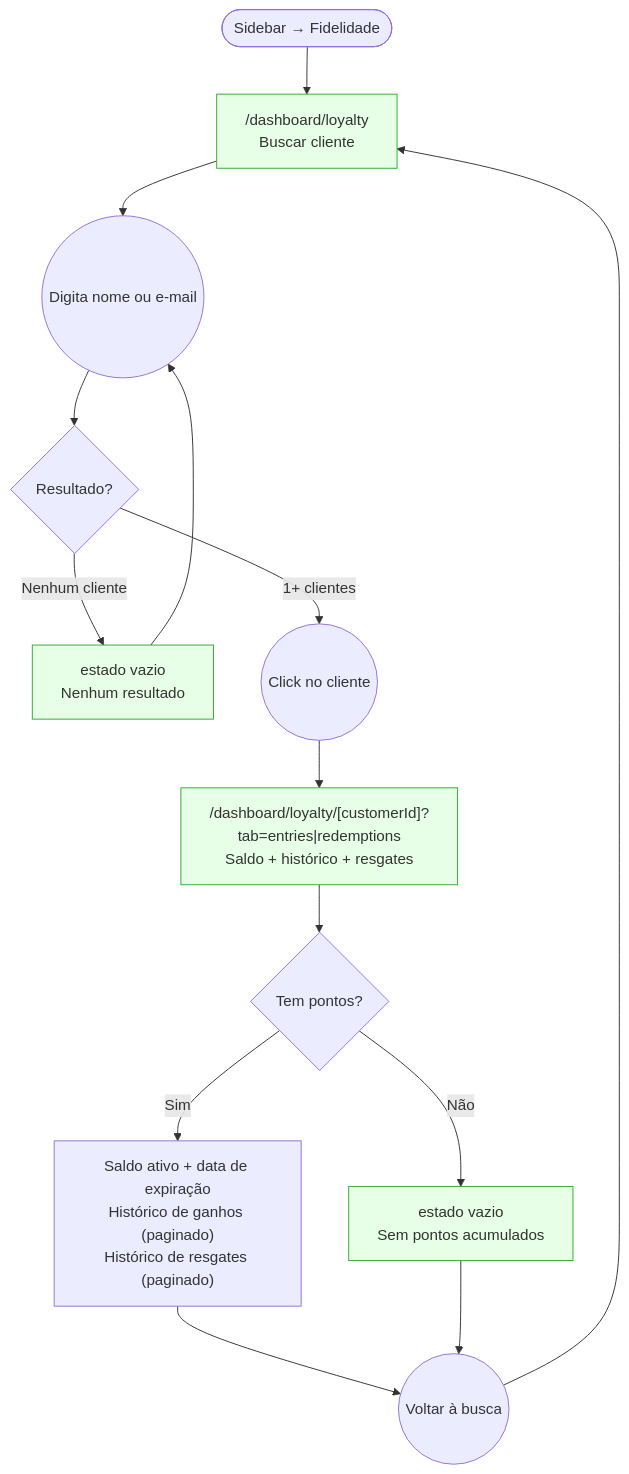
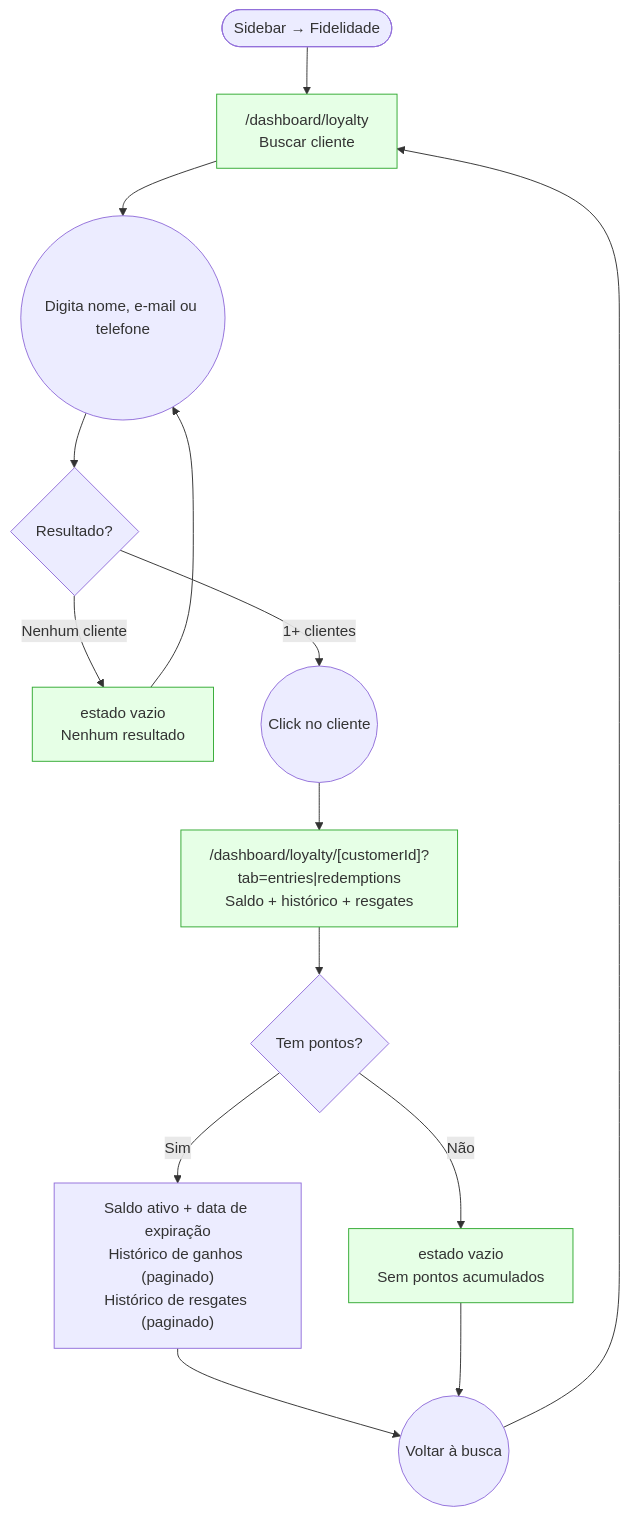
One commit to lmmoreira/ikaro changed the diagram in journeys/staff/fidelidade.md. Above: the diagram before and after it, drawn with Mermaid. The commit also changed other lines of this file and 29 other files, not shown here.

````diff
--- a/journeys/staff/fidelidade.md
+++ b/journeys/staff/fidelidade.md
@@ -10,25 +10,25 @@
 ```mermaid
 flowchart TD
     classDef existing fill:#e6ffe6,stroke:#3a3
     classDef gap stroke:#f00,stroke-dasharray: 5 5,fill:#fee
 
     Start(["Sidebar → Fidelidade"]) --> SearchPage["/dashboard/loyalty<br/>Buscar cliente"]
-    SearchPage --> Input(("Digita nome ou e-mail"))
+    SearchPage --> Input(("Digita nome, e-mail ou telefone"))
     Input --> Results{"Resultado?"}
 
     Results -->|"Nenhum cliente"| NoResults["estado vazio<br/>Nenhum resultado"]
     NoResults --> Input
 
     Results -->|"1+ clientes"| Click(("Click no cliente"))
     Click --> Detail["/dashboard/loyalty/[customerId]?tab=entries|redemptions<br/>Saldo + histórico + resgates"]
 
     Detail --> HasBalance{"Tem pontos?"}
     HasBalance -->|"Sim"| Balance["Saldo ativo + data de expiração<br/>Histórico de ganhos (paginado)<br/>Histórico de resgates (paginado)"]
     HasBalance -->|"Não"| NoEntries["estado vazio<br/>Sem pontos acumulados"]
 
     Balance --> Back(("Voltar à busca"))
     NoEntries --> Back
     Back --> SearchPage
 
     class SearchPage,Detail,NoResults,NoEntries existing
 ```
````
